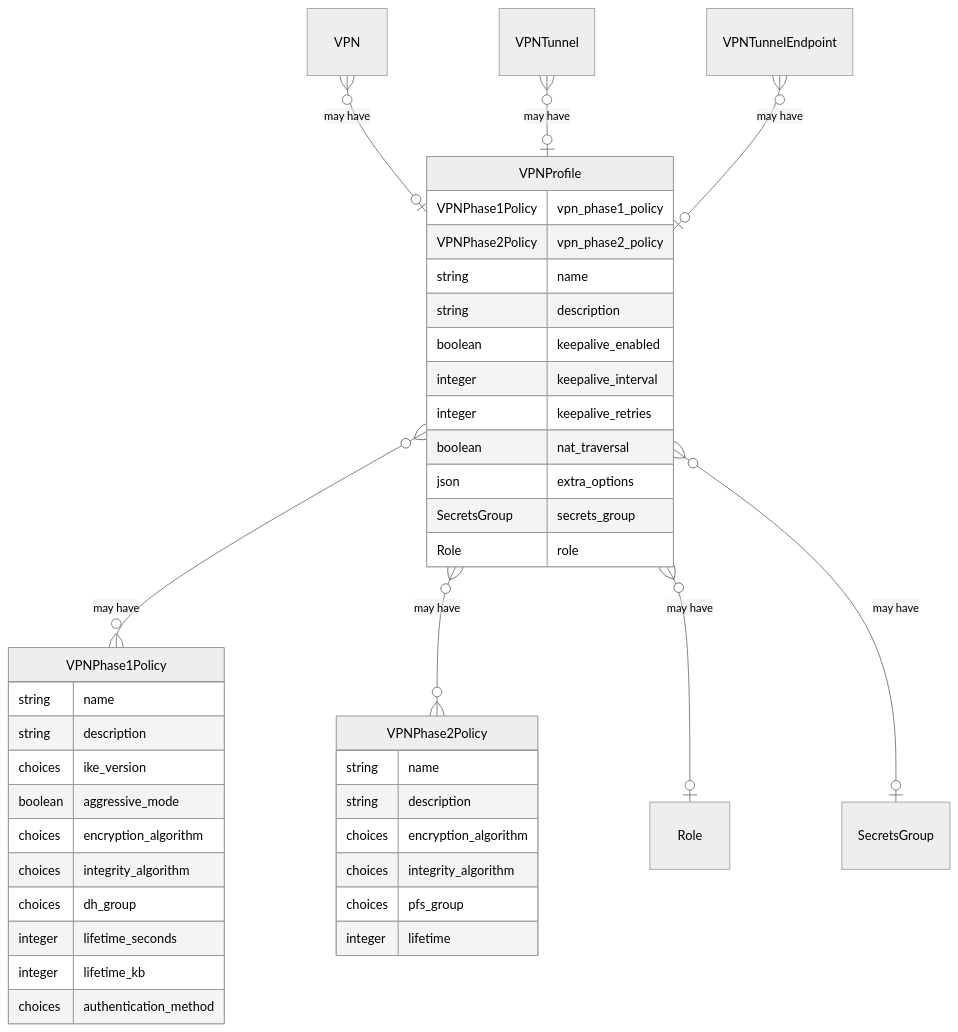
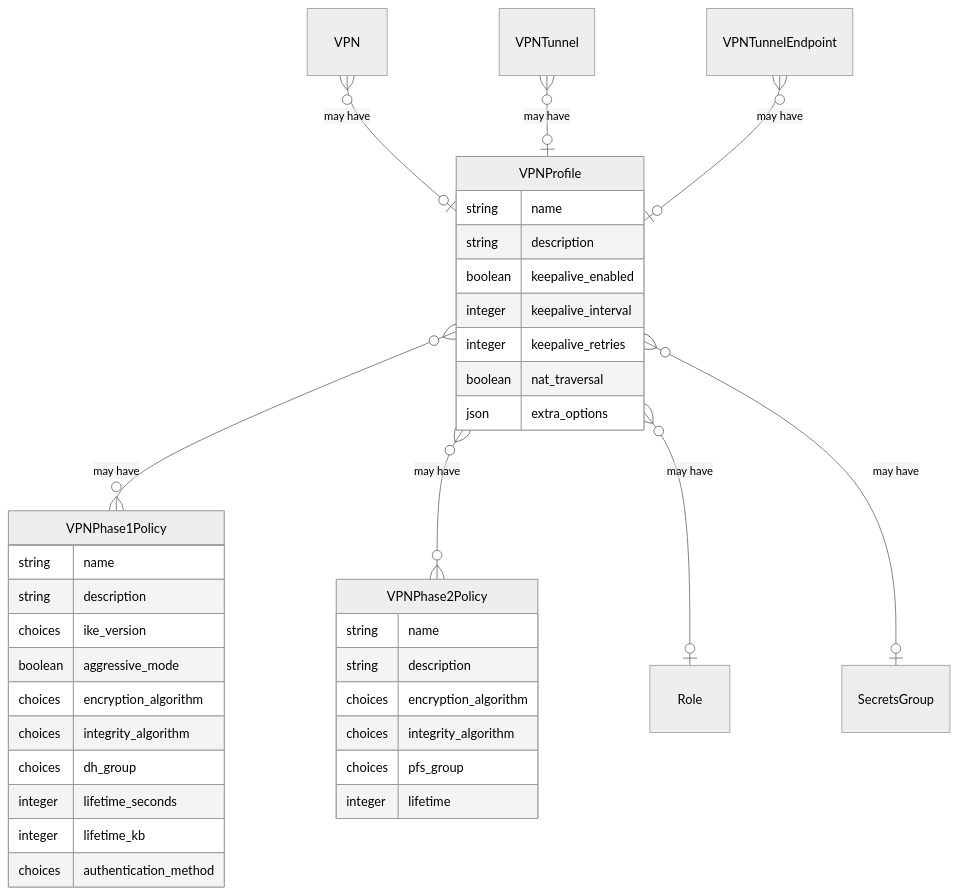
The second of 11 diagrams in nautobot/docs/user-guide/core-data-model/vpn/index.md (nautobot/nautobot), drawn with Mermaid (neutral theme) before and after one commit. The commit also changed other lines of this file and 8 other files, not shown here.

````diff
--- a/nautobot/docs/user-guide/core-data-model/vpn/index.md
+++ b/nautobot/docs/user-guide/core-data-model/vpn/index.md
@@ -56,53 +56,49 @@
 ```mermaid
 erDiagram
     "extras.Role"[Role] {}
     "extras.SecretsGroup"[SecretsGroup] {}
     "nautobot_vpn_models.VPN"[VPN] {}
     "nautobot_vpn_models.VPNTunnel"[VPNTunnel] {}
     "nautobot_vpn_models.VPNTunnelEndpoint"[VPNTunnelEndpoint] {}
 
     "nautobot_vpn_models.VPNProfile"[VPNProfile] {
-        VPNPhase1Policy vpn_phase1_policy
-        VPNPhase2Policy vpn_phase2_policy
         string name
         string description
         boolean keepalive_enabled
         integer keepalive_interval
         integer keepalive_retries
         boolean nat_traversal
         json extra_options
-        SecretsGroup secrets_group
-        Role role
     }
 
     "nautobot_vpn_models.VPNPhase1Policy"[VPNPhase1Policy] {
         string name
         string description
         choices ike_version
         boolean aggressive_mode
         choices encryption_algorithm
         choices integrity_algorithm
         choices dh_group
         integer lifetime_seconds
         integer lifetime_kb
         choices authentication_method
     }
 
     "nautobot_vpn_models.VPNPhase2Policy"[VPNPhase2Policy] {
         string name
         string description
         choices encryption_algorithm
         choices integrity_algorithm
         choices pfs_group
         integer lifetime
     }
 
     "nautobot_vpn_models.VPNProfile" }o--o{ "nautobot_vpn_models.VPNPhase1Policy" : "may have"
     "nautobot_vpn_models.VPNProfile" }o--o{ "nautobot_vpn_models.VPNPhase2Policy" : "may have"
     "nautobot_vpn_models.VPNProfile" }o--o| "extras.Role" : "may have"
     "nautobot_vpn_models.VPNProfile" }o--o| "extras.SecretsGroup" : "may have"
 
     "nautobot_vpn_models.VPN" }o--o| "nautobot_vpn_models.VPNProfile" : "may have"
     "nautobot_vpn_models.VPNTunnel" }o--o| "nautobot_vpn_models.VPNProfile" : "may have"
     "nautobot_vpn_models.VPNTunnelEndpoint" }o--o| "nautobot_vpn_models.VPNProfile" : "may have"
 ```
````
